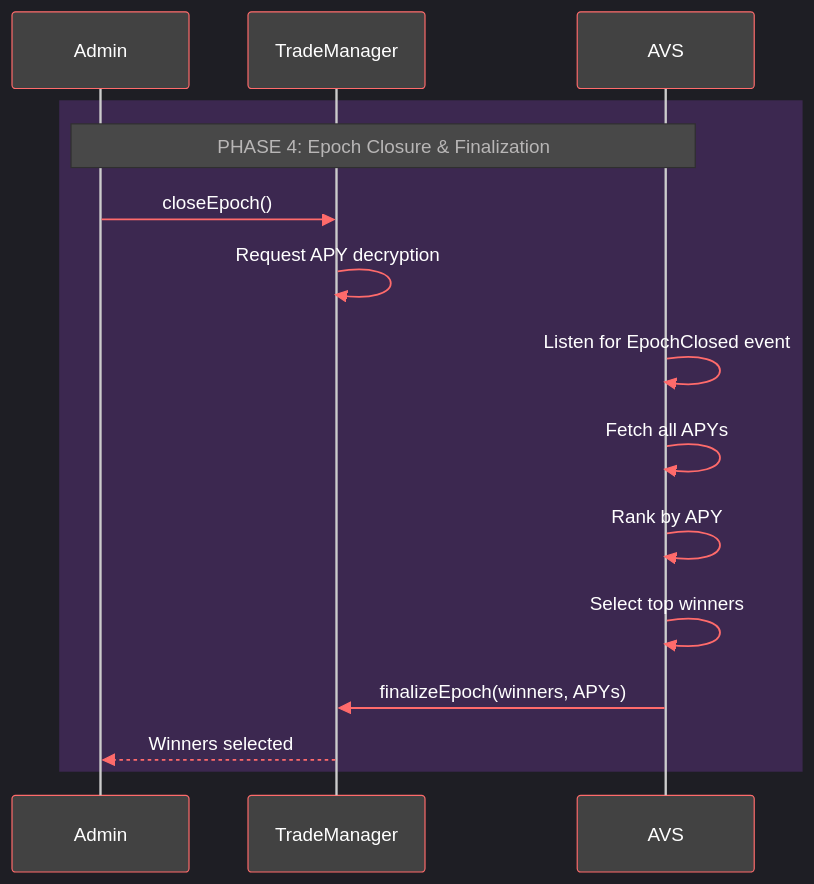
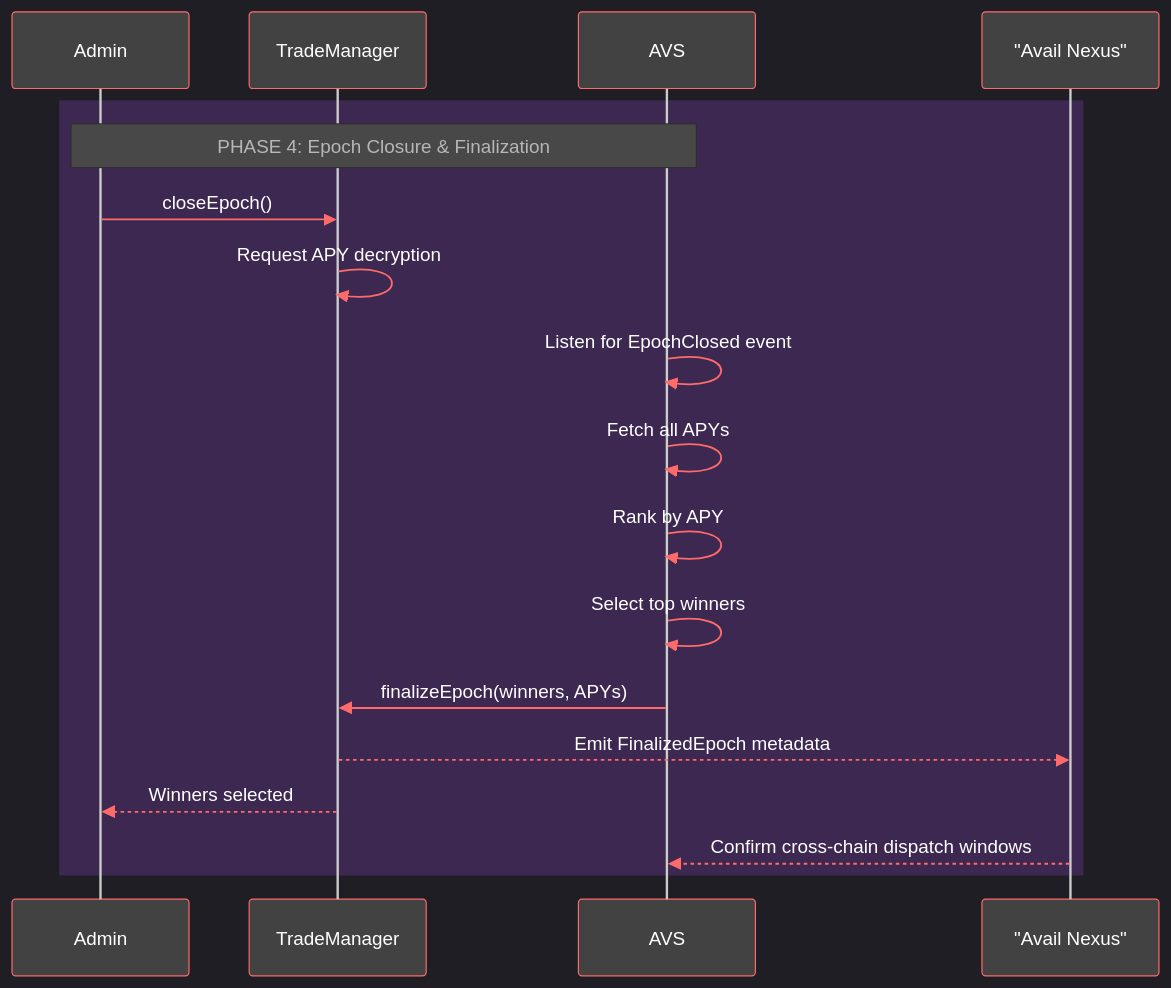
Before and after one commit to Nilay27/CifherTradeArena: the fourth of 5 diagrams in README.md, drawn with Mermaid. The commit also changed other lines of this file and 3 other files, not shown here.

Commit message:
Modify readme to include nexus in sequence diagram

````diff
--- a/README.md
+++ b/README.md
@@ -137,19 +143,22 @@
 ```mermaid
 %%{init: {'theme':'dark', 'themeVariables': { 'primaryColor':'#ff6b6b', 'primaryTextColor':'#fff', 'primaryBorderColor':'#ee5a6f', 'lineColor':'#ff6b6b', 'secondaryColor':'#4ecdc4', 'tertiaryColor':'#3700b3', 'background':'#121212', 'mainBkg':'#1f1f1f', 'secondBkg':'#2d2d2d', 'labelBackground':'#2d2d2d', 'actorBkg':'#424242', 'actorBorder':'#ff6b6b', 'actorTextColor':'#fff', 'signalColor':'#ff6b6b', 'signalTextColor':'#fff'}}}%%
 sequenceDiagram
     participant Admin
     participant TradeManager
     participant AVS
+    participant "Avail Nexus"
 
     rect rgb(60, 40, 80)
         Note over Admin,AVS: PHASE 4: Epoch Closure & Finalization
         Admin->>TradeManager: closeEpoch()
         TradeManager->>TradeManager: Request APY decryption
         AVS->>AVS: Listen for EpochClosed event
         AVS->>AVS: Fetch all APYs
         AVS->>AVS: Rank by APY
         AVS->>AVS: Select top winners
         AVS->>TradeManager: finalizeEpoch(winners, APYs)
+        TradeManager-->>"Avail Nexus": Emit FinalizedEpoch metadata
         TradeManager-->>Admin: Winners selected
+        "Avail Nexus"-->>AVS: Confirm cross-chain dispatch windows
     end
 ```
````
